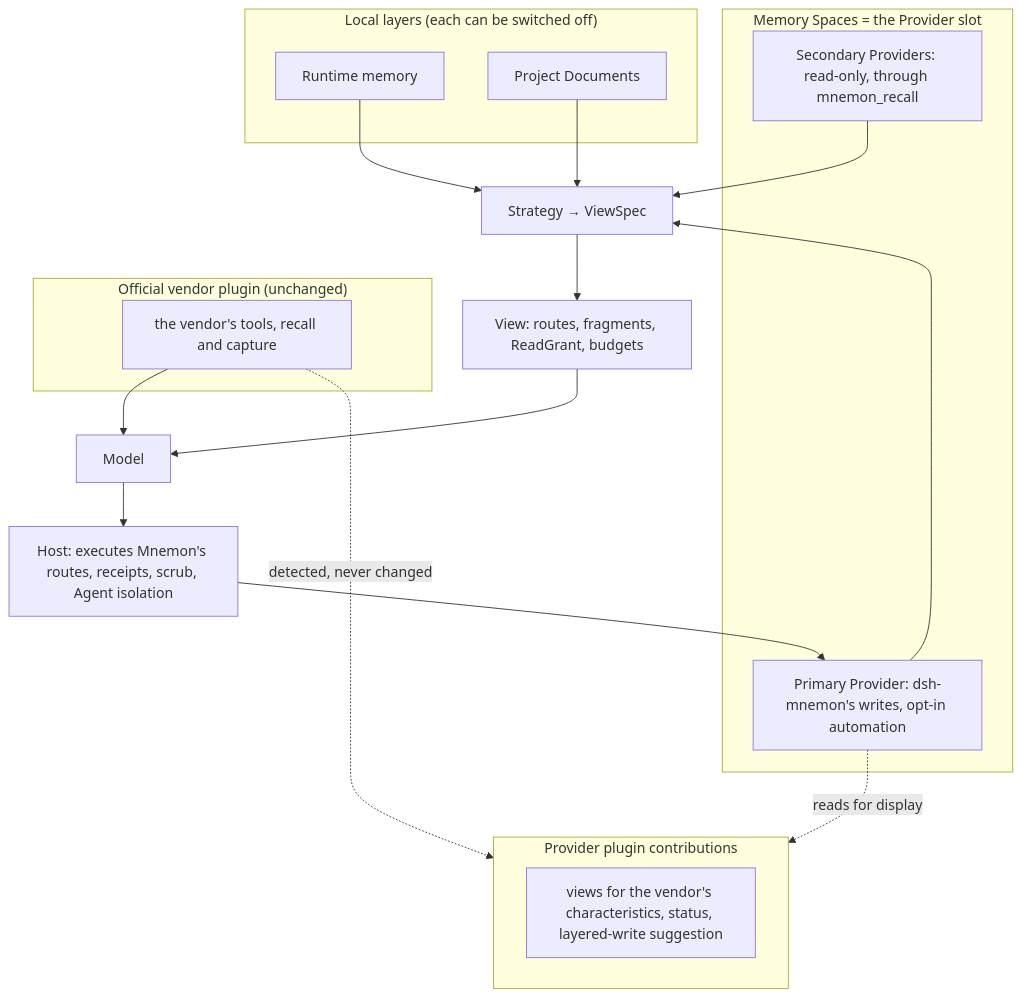
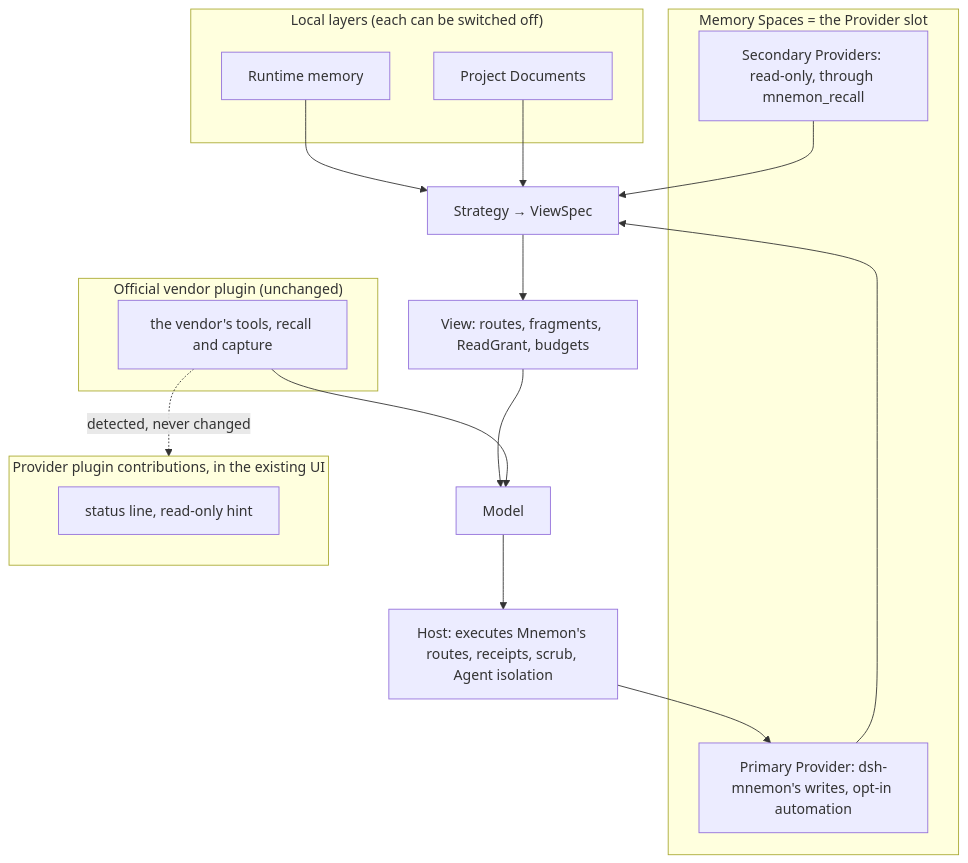
The diagram in docs/plans/memory-provider-strategy.md (LAN-SHH/dsh-mnemon), drawn with Mermaid before and after one commit. The commit also changed other lines of this file and 1 other file, not shown here.

First line of the commit message:
docs(plans): keep the existing presentation model this round

````diff
--- a/docs/plans/memory-provider-strategy.md
+++ b/docs/plans/memory-provider-strategy.md
@@ -93,28 +96,27 @@
 ```mermaid
 flowchart TB
   subgraph Local["Local layers (each can be switched off)"]
     RT["Runtime memory"]
     DOC["Project Documents"]
   end
   subgraph Slot["Memory Spaces = the Provider slot"]
     P["Primary Provider: dsh-mnemon's writes, opt-in automation"]
     S["Secondary Providers: read-only, through mnemon_recall"]
   end
   subgraph Official["Official vendor plugin (unchanged)"]
     VT["the vendor's tools, recall and capture"]
   end
-  subgraph Views["Provider plugin contributions"]
-    V["views for the vendor's characteristics, status, layered-write suggestion"]
+  subgraph Views["Provider plugin contributions, in the existing UI"]
+    V["status line, read-only hint"]
   end
   RT --> Strategy["Strategy → ViewSpec"]
   DOC --> Strategy
   P --> Strategy
   S --> Strategy
   Strategy --> View["View: routes, fragments, ReadGrant, budgets"]
   View --> Model["Model"]
   VT --> Model
   Model --> Host["Host: executes Mnemon's routes, receipts, scrub, Agent isolation"]
   Host --> P
-  P -. reads for display .-> Views
   VT -. detected, never changed .-> Views
 ```
````
